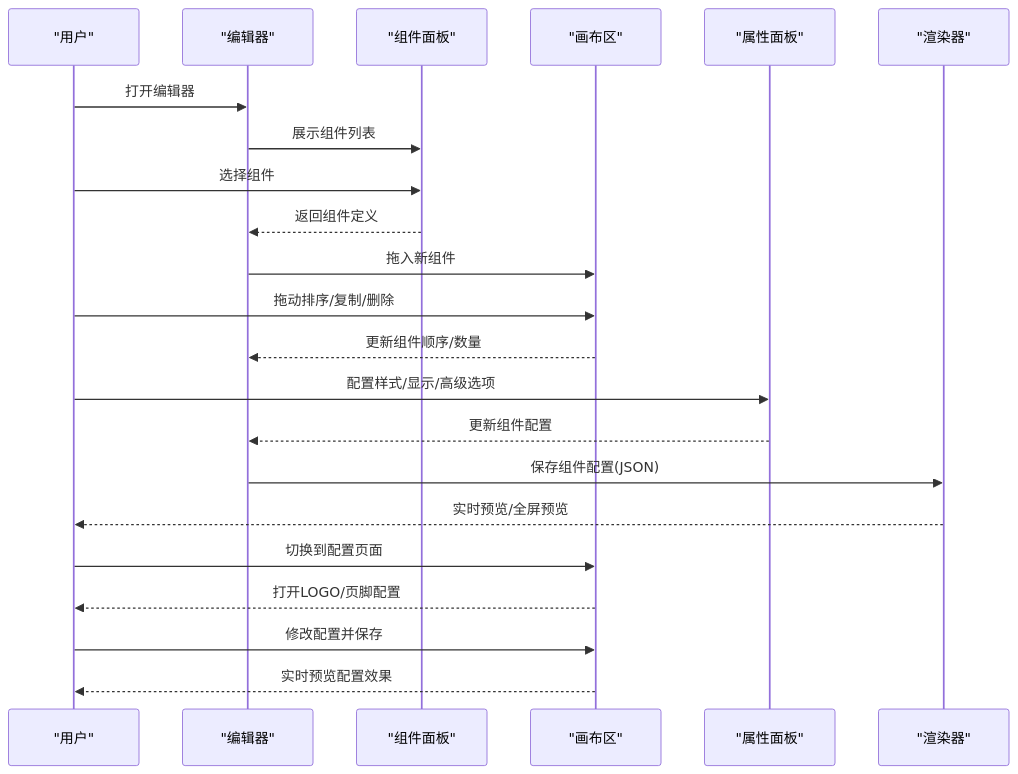
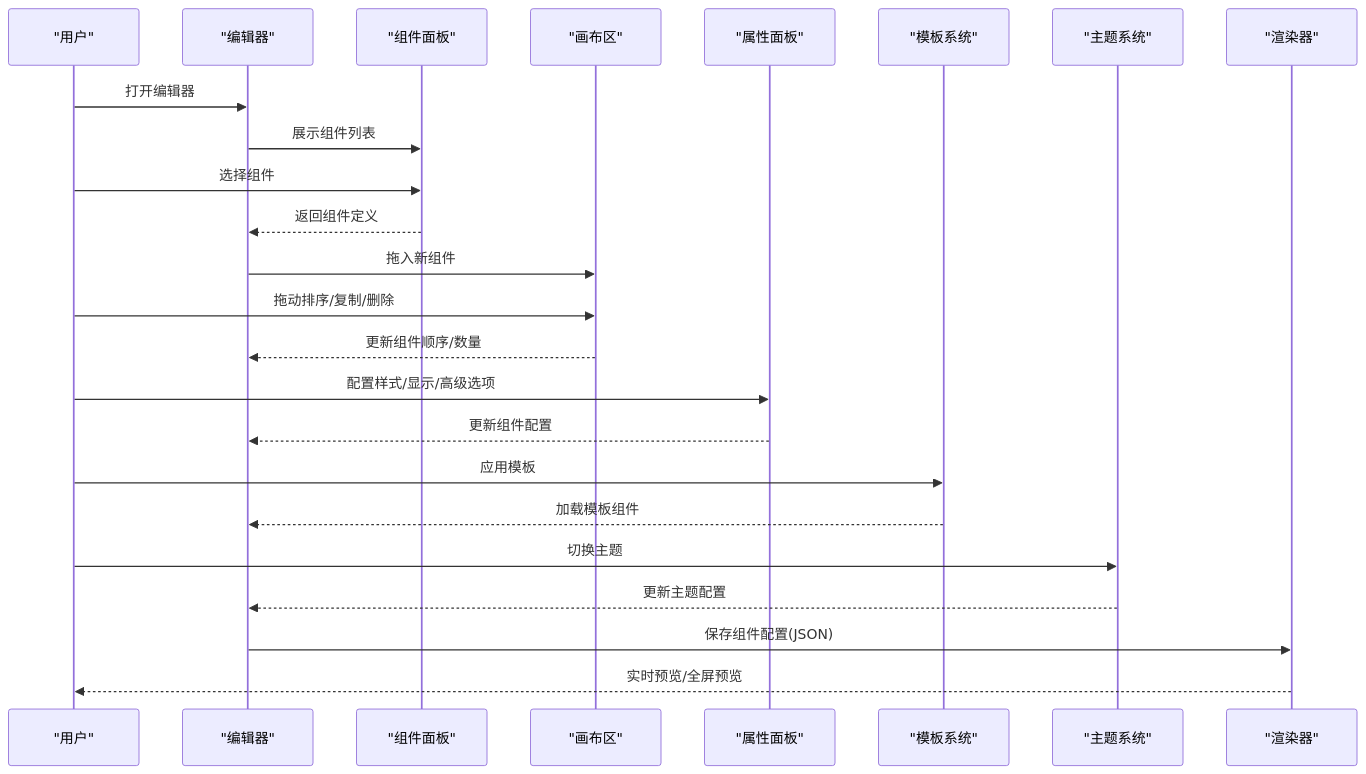
Before and after one commit to wyg5208/website_diy: the second of 10 diagrams in .qoder/repowiki/zh/content/前端组件系统/前端组件系统.md, drawn with Mermaid. The commit also changed other lines of this file and 7 other files, not shown here.

````diff
--- a/.qoder/repowiki/zh/content/前端组件系统/前端组件系统.md
+++ b/.qoder/repowiki/zh/content/前端组件系统/前端组件系统.md
@@ -132,24 +141,26 @@
 ```mermaid
 sequenceDiagram
 participant U as "用户"
 participant E as "编辑器"
 participant P as "组件面板"
 participant C as "画布区"
 participant S as "属性面板"
+participant T as "模板系统"
+participant Th as "主题系统"
 participant R as "渲染器"
 U->>E : 打开编辑器
 E->>P : 展示组件列表
 U->>P : 选择组件
 P-->>E : 返回组件定义
 E->>C : 拖入新组件
 U->>C : 拖动排序/复制/删除
 C-->>E : 更新组件顺序/数量
 U->>S : 配置样式/显示/高级选项
 S-->>E : 更新组件配置
+U->>T : 应用模板
+T-->>E : 加载模板组件
+U->>Th : 切换主题
+Th-->>E : 更新主题配置
 E->>R : 保存组件配置(JSON)
 R-->>U : 实时预览/全屏预览
-U->>C : 切换到配置页面
-C-->>U : 打开LOGO/页脚配置
-U->>C : 修改配置并保存
-C-->>U : 实时预览配置效果
 ```
````
